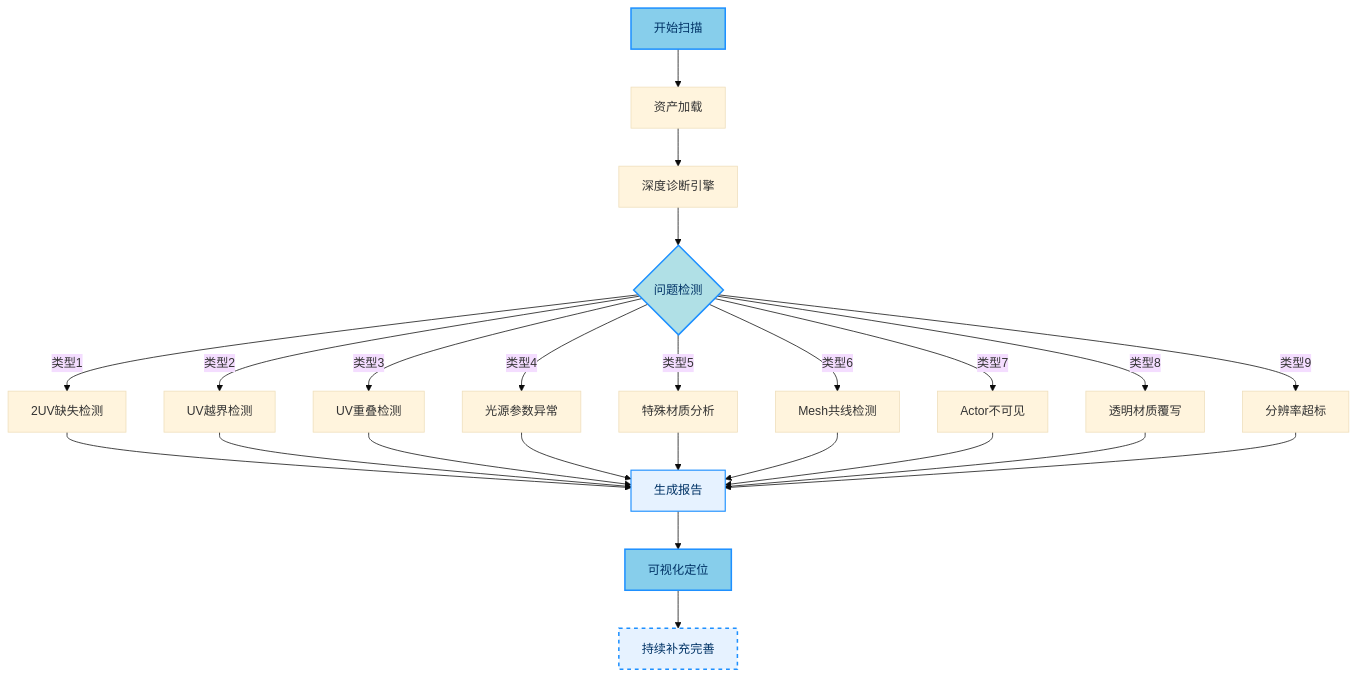
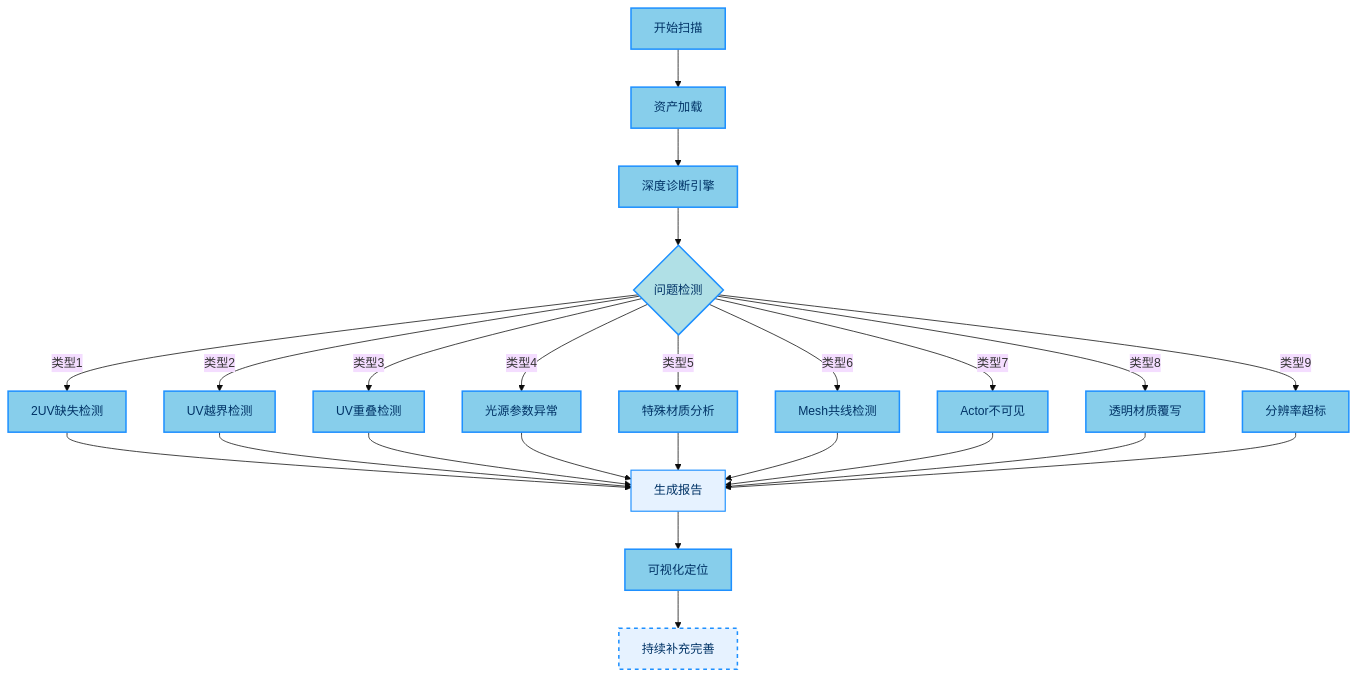
Before and after one commit to archieluan/iodraw-files: the diagram in all/未命名-2.md, drawn with Mermaid (base theme).

Commit message:
2025-06-07 12:27:17 update

````diff
--- a/all/未命名-2.md
+++ b/all/未命名-2.md
@@ -1,38 +1,38 @@
 ```mermaid
 graph TD
   A[开始扫描]:::blueNode --> B[资产加载]
   B --> C[深度诊断引擎]
   C --> D{问题检测}:::diamond
   D -->|类型1| E[2UV缺失检测]
   D -->|类型2| F[UV越界检测]
   D -->|类型3| G[UV重叠检测]
   D -->|类型4| H[光源参数异常]
   D -->|类型5| I[特殊材质分析]
   D -->|类型6| J[Mesh共线检测]
   D -->|类型7| K[Actor不可见]
   D -->|类型8| L[透明材质覆写]
   D -->|类型9| M[分辨率超标]
   E --> N[生成报告]:::report
   F --> N
   G --> N
   H --> N
   I --> N
   J --> N
   K --> N
   L --> N
   M --> N
   N --> O[可视化定位]:::action
   O --> P[持续补充完善]:::special
   style P stroke:#1E90FF,stroke-width:2px,stroke-dasharray:5 5,fill:#E6F2FF
 
   classDef blueNode fill:#87CEEB,stroke:#1E90FF,stroke-width:2px,color:#003366
   classDef diamond fill:#B0E0E6,stroke:#1E90FF,stroke-width:2px,color:#003366
   classDef report fill:#E6F2FF,stroke:#1E90FF,stroke-width:1.5px,color:#003366
   classDef action fill:#87CEEB,stroke:#1E90FF,stroke-width:2px,color:#003366
   classDef special fill:#F0F8FF,stroke:#1E90FF,stroke-width:2px,color:#003366
-
+  class A,B,C,E,F,G,H,I,J,K,L,M,O blueNode;
   class D diamond;
   class N report;
   class O action;
   class P special;
 ```
````
